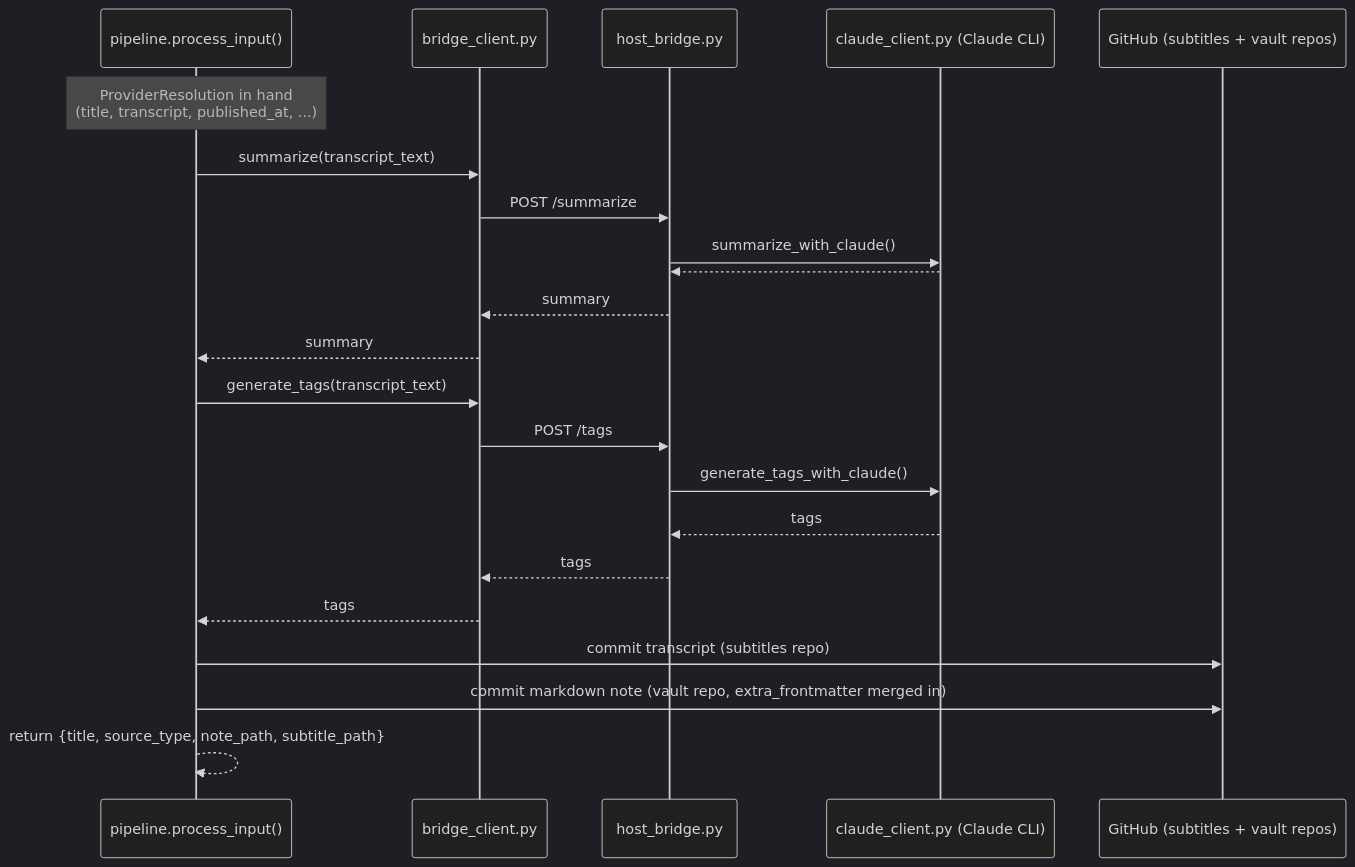
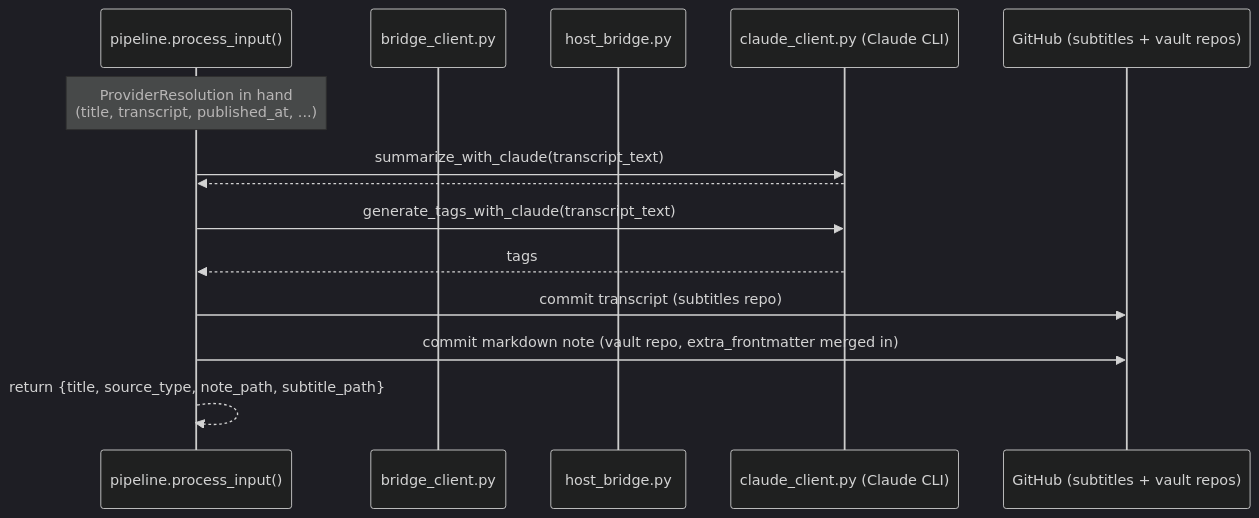
The sixth of 7 diagrams in docs/architecture.md (s1nack-dev/media-2-obsidian), drawn with Mermaid (dark theme) before and after one commit. The commit also changed other lines of this file and 25 other files, not shown here.

````diff
--- a/docs/architecture.md
+++ b/docs/architecture.md
@@ -257,25 +257,17 @@
 ```mermaid
 sequenceDiagram
     participant P as pipeline.process_input()
     participant BC as bridge_client.py
     participant HB as host_bridge.py
     participant CC as claude_client.py (Claude CLI)
     participant GH as GitHub (subtitles + vault repos)
 
     Note over P: ProviderResolution in hand<br/>(title, transcript, published_at, ...)
-    P->>BC: summarize(transcript_text)
-    BC->>HB: POST /summarize
-    HB->>CC: summarize_with_claude()
-    CC-->>HB: ## SUMMARY ...
-    HB-->>BC: summary
-    BC-->>P: summary
-    P->>BC: generate_tags(transcript_text)
-    BC->>HB: POST /tags
-    HB->>CC: generate_tags_with_claude()
-    CC-->>HB: tags
-    HB-->>BC: tags
-    BC-->>P: tags
+    P->>CC: summarize_with_claude(transcript_text)
+    CC-->>P: ## SUMMARY ...
+    P->>CC: generate_tags_with_claude(transcript_text)
+    CC-->>P: tags
     P->>GH: commit transcript (subtitles repo)
     P->>GH: commit markdown note (vault repo, extra_frontmatter merged in)
     P-->>P: return {title, source_type, note_path, subtitle_path}
 ```
````
